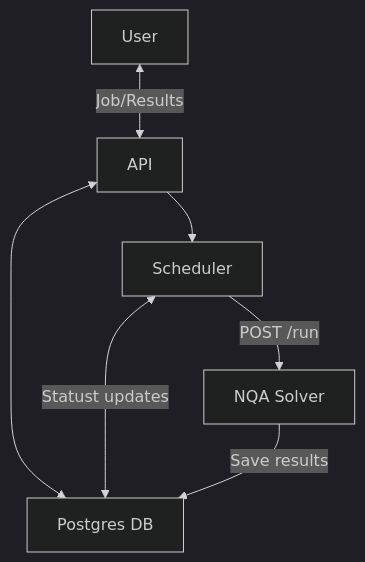
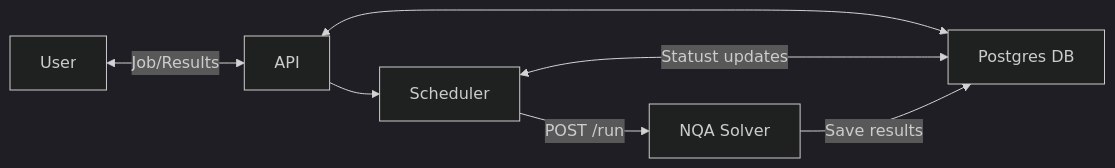
The diagram in README.md (lucaleonect/nqa_server), drawn with Mermaid (dark theme) before and after one commit.

````diff
--- a/README.md
+++ b/README.md
@@ -104,10 +104,10 @@
 ```mermaid
-graph
+graph LR
     A[User] <-->|Job/Results| B[API]
     B <--> C[Postgres DB]
     B --> D[Scheduler]
     D <-->|Statust updates| C
     D -->|POST /run| E[NQA Solver]
     E -->|Save results| C
   
 ```
````
